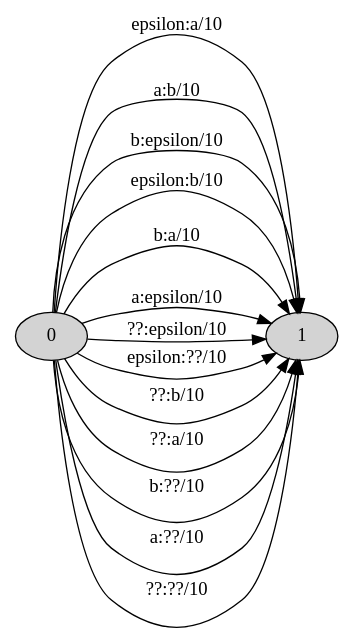
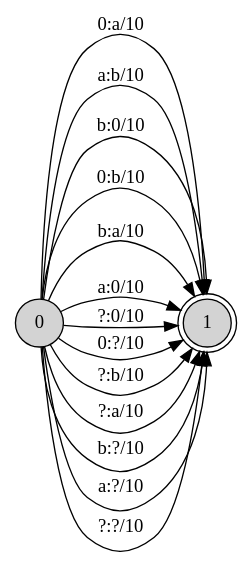
The diagram in articles/fsmnlp-2012-spellers/edit1-ab10.dot (eaxelson/hfst-import-test5), drawn with Graphviz before and after one commit. The commit also changed 13 other files, not shown here.

```diff
--- a/articles/fsmnlp-2012-spellers/edit1-ab10.dot
+++ b/articles/fsmnlp-2012-spellers/edit1-ab10.dot
@@ -1,19 +1,19 @@
 // This graph generated with hfst-fst2txt blah
 digraph H {
 rankdir = LR;
-node [style=filled] 0
-0 -> 1 [label="\epsilon:a/10 "];
+node [shape=circle,style=filled] 0
+node [shape=doublecircle,style=filled] 1
+0 -> 1 [label="0:a/10 "];
 0 -> 1 [label="a:b/10 "];
-0 -> 1 [label="b:\epsilon/10 "];
-0 -> 1 [label="\epsilon:b/10 "];
+0 -> 1 [label="b:0/10 "];
+0 -> 1 [label="0:b/10 "];
 0 -> 1 [label="b:a/10 "];
-0 -> 1 [label="a:\epsilon/10 "];
-0 -> 1 [label="??:\epsilon/10 "];
-0 -> 1 [label="\epsilon:??/10 "];
-0 -> 1 [label="??:b/10 "];
-0 -> 1 [label="??:a/10 "];
-0 -> 1 [label="b:??/10 "];
-0 -> 1 [label="a:??/10 "];
-0 -> 1 [label="??:??/10 "];
-node [shape=doublecircle,style=filled] 1
+0 -> 1 [label="a:0/10 "];
+0 -> 1 [label="?:0/10 "];
+0 -> 1 [label="0:?/10 "];
+0 -> 1 [label="?:b/10 "];
+0 -> 1 [label="?:a/10 "];
+0 -> 1 [label="b:?/10 "];
+0 -> 1 [label="a:?/10 "];
+0 -> 1 [label="?:?/10 "];
 }
```
